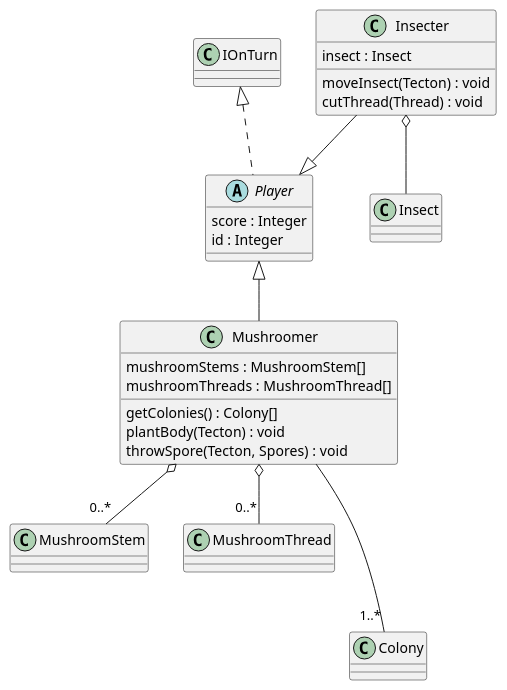
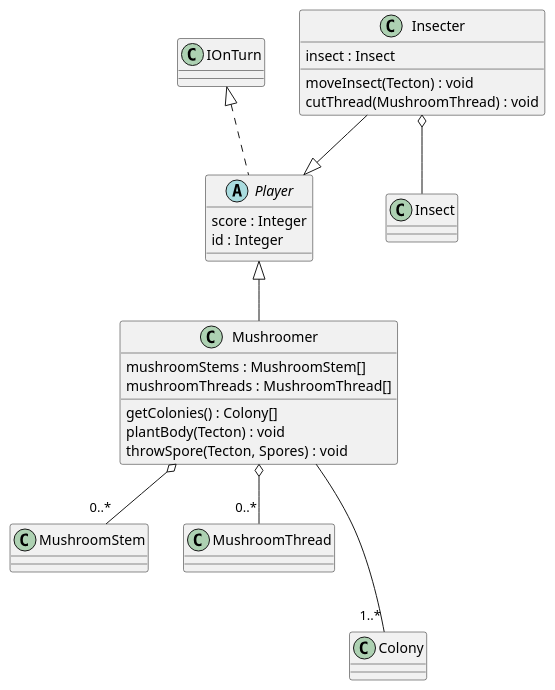
One commit to Petya-G/fungorium changed the diagram in 3/classes/player.puml. Above: the diagram before and after it, drawn with PlantUML. The commit also changed 1 other file, not shown here.

```diff
--- a/3/classes/player.puml
+++ b/3/classes/player.puml
@@ -1,27 +1,27 @@
 @startuml player
 IOnTurn <|.. Player
 abstract class Player{
     score : Integer
     id : Integer
 }
 
 Player <|-- Mushroomer
 Mushroomer o-- "0..*" MushroomStem
 Mushroomer o-- "0..*" MushroomThread
 Mushroomer --- "1..*" Colony
 class Mushroomer{
     mushroomStems : MushroomStem[]
     mushroomThreads : MushroomThread[]
     getColonies() : Colony[]
     plantBody(Tecton) : void
     throwSpore(Tecton, Spores) : void
 }
 
 Insecter --|> Player
 Insecter o-- Insect
 class Insecter{
     insect : Insect
     moveInsect(Tecton) : void
-    cutThread(Thread) : void
+    cutThread(MushroomThread) : void
 }
 @enduml
```
